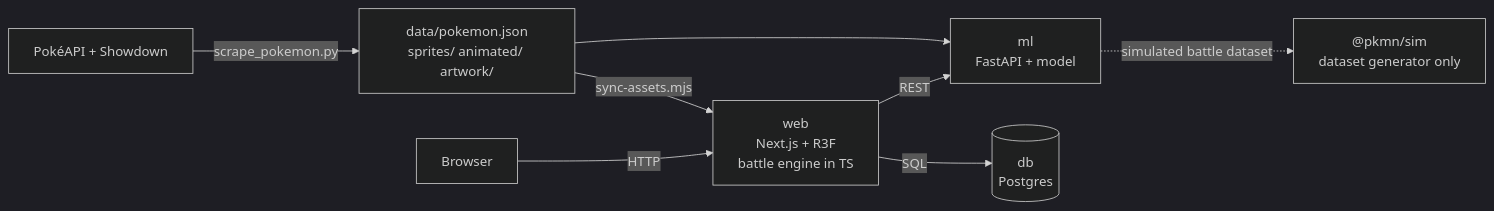
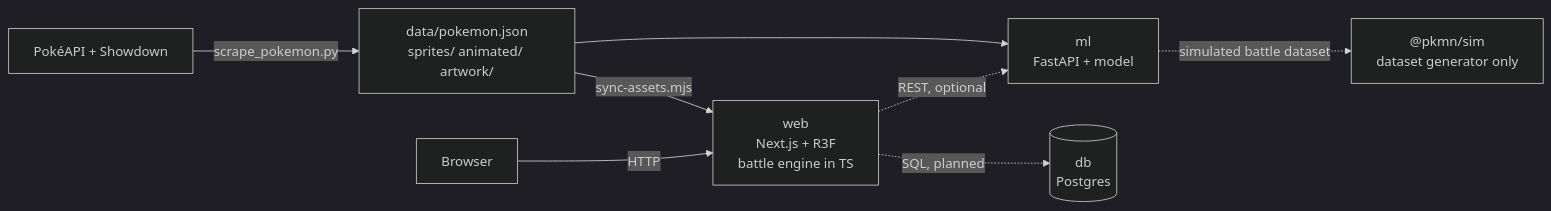
Before and after one commit to larissagondim/pokedex-game: the diagram in README.md, drawn with Mermaid (dark theme). The commit also changed other lines of this file, not shown here.

````diff
--- a/README.md
+++ b/README.md
@@ -72,10 +75,10 @@
 ```mermaid
 flowchart LR
     U["Browser"] -->|HTTP| W["web<br/>Next.js + R3F<br/>battle engine in TS"]
-    W -->|REST| M["ml<br/>FastAPI + model"]
-    W -->|SQL| D[("db<br/>Postgres")]
+    W -.->|REST, optional| M["ml<br/>FastAPI + model"]
+    W -.->|SQL, planned| D[("db<br/>Postgres")]
     M -.->|simulated battle dataset| S["@pkmn/sim<br/>dataset generator only"]
     P["PokéAPI + Showdown"] -->|scrape_pokemon.py| J["data/pokemon.json<br/>sprites/ animated/ artwork/"]
     J -->|sync-assets.mjs| W
     J --> M
 ```
````
